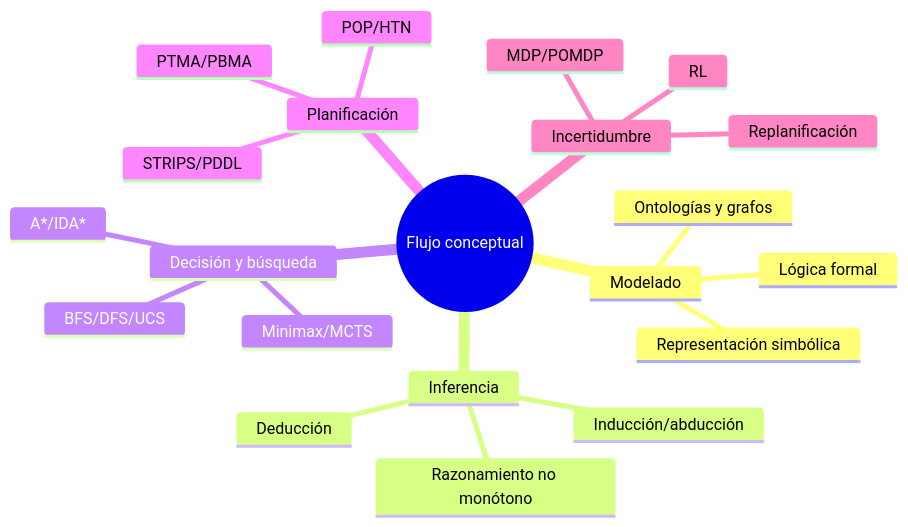
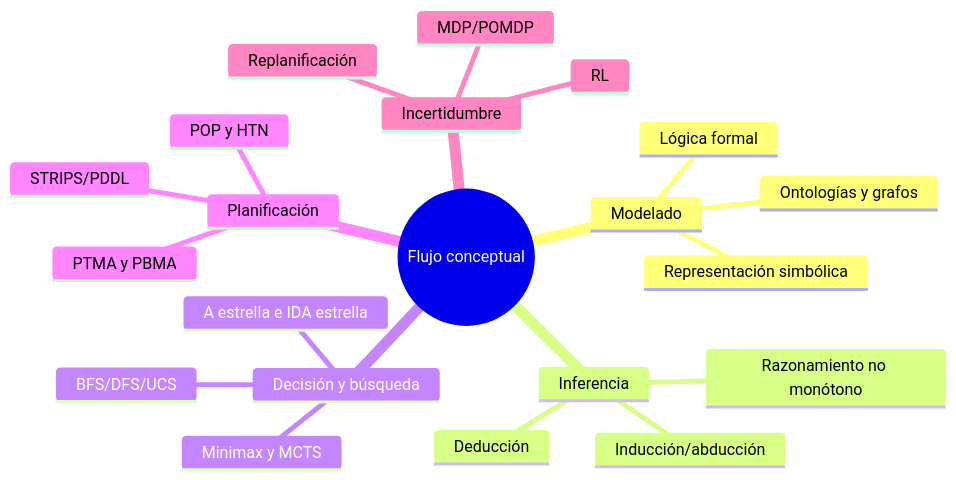
One commit to rgglez/rgglez-website changed diagram 16 of 17 in src/src/data/blog/2026/05/es/glosario-razonamiento-planificacion.mdx. Above: the diagram before and after it, drawn with Mermaid. The commit also changed other lines of this file and 16 other files, not shown here.

Commit message:
mindmaps fix

````diff
--- a/src/src/data/blog/2026/05/es/glosario-razonamiento-planificacion.mdx
+++ b/src/src/data/blog/2026/05/es/glosario-razonamiento-planificacion.mdx
@@ -2031,24 +2015,24 @@
 ```mermaid
 mindmap
   root((Flujo conceptual))
     Modelado
       Representación simbólica
       Ontologías y grafos
       Lógica formal
     Inferencia
       Deducción
       Inducción/abducción
       Razonamiento no monótono
     Decisión y búsqueda
       BFS/DFS/UCS
-      A*/IDA*
-      Minimax/MCTS
+      A estrella e IDA estrella
+      Minimax y MCTS
     Planificación
       STRIPS/PDDL
-      POP/HTN
-      PTMA/PBMA
+      POP y HTN
+      PTMA y PBMA
     Incertidumbre
       MDP/POMDP
       Replanificación
       RL
 ```
````
